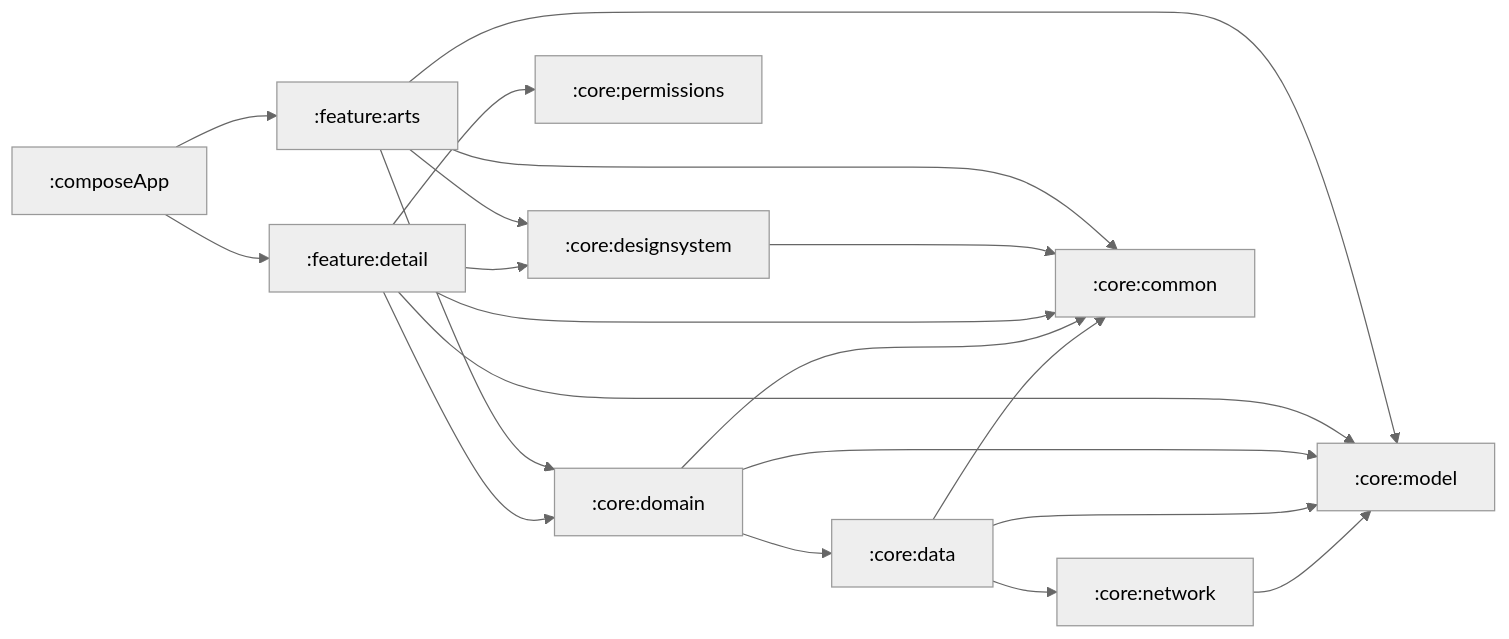
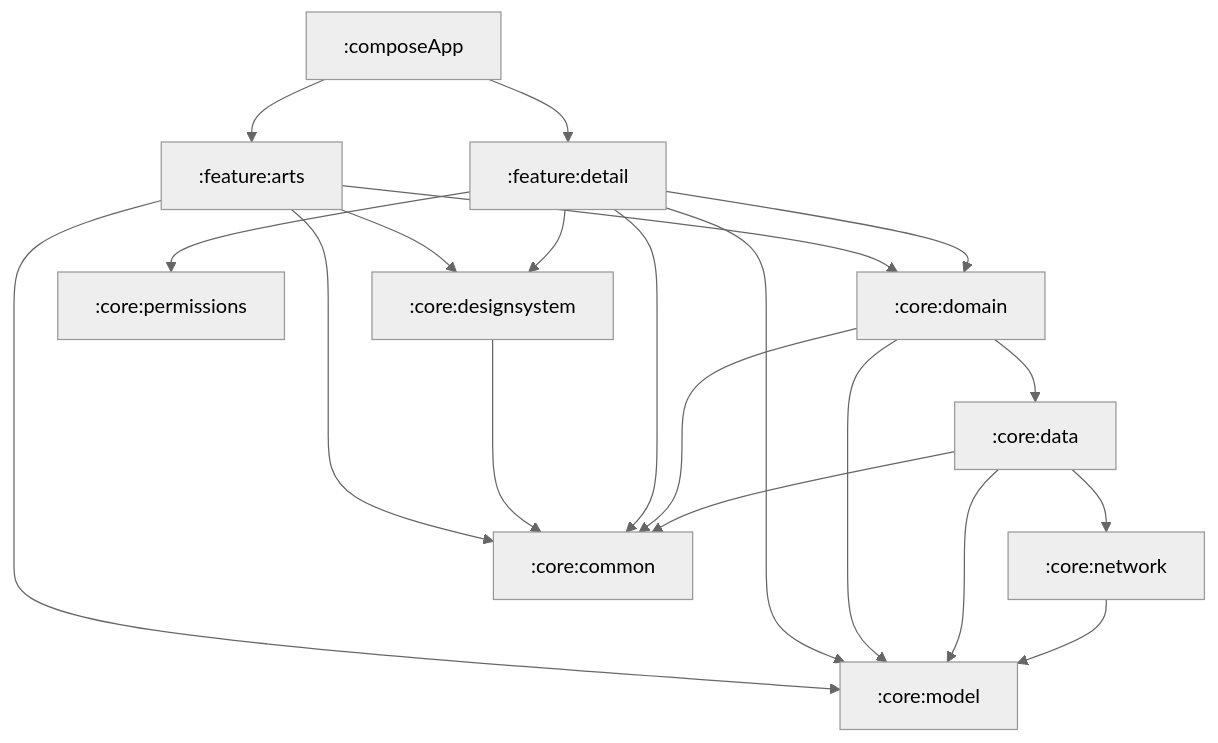
Before and after one commit to fethij/Rijksmuseum: the diagram in README.md, drawn with Mermaid.

Commit message:
change module graph from LR to TD

````diff
--- a/README.md
+++ b/README.md
@@ -87,28 +87,28 @@
 ```mermaid
 %%{
   init: {
     'theme': 'neutral'
   }
 }%%
 
-graph LR
+graph TD
   :composeApp --> :feature:arts
   :composeApp --> :feature:detail
   :core:network --> :core:model
   :core:data --> :core:common
   :core:data --> :core:network
   :core:data --> :core:model
   :core:domain --> :core:common
   :core:domain --> :core:data
   :core:domain --> :core:model
   :feature:detail --> :core:common
   :feature:detail --> :core:model
   :feature:detail --> :core:permissions
   :feature:detail --> :core:domain
   :feature:detail --> :core:designsystem
   :core:designsystem --> :core:common
   :feature:arts --> :core:common
   :feature:arts --> :core:domain
   :feature:arts --> :core:model
   :feature:arts --> :core:designsystem
 ```
````
